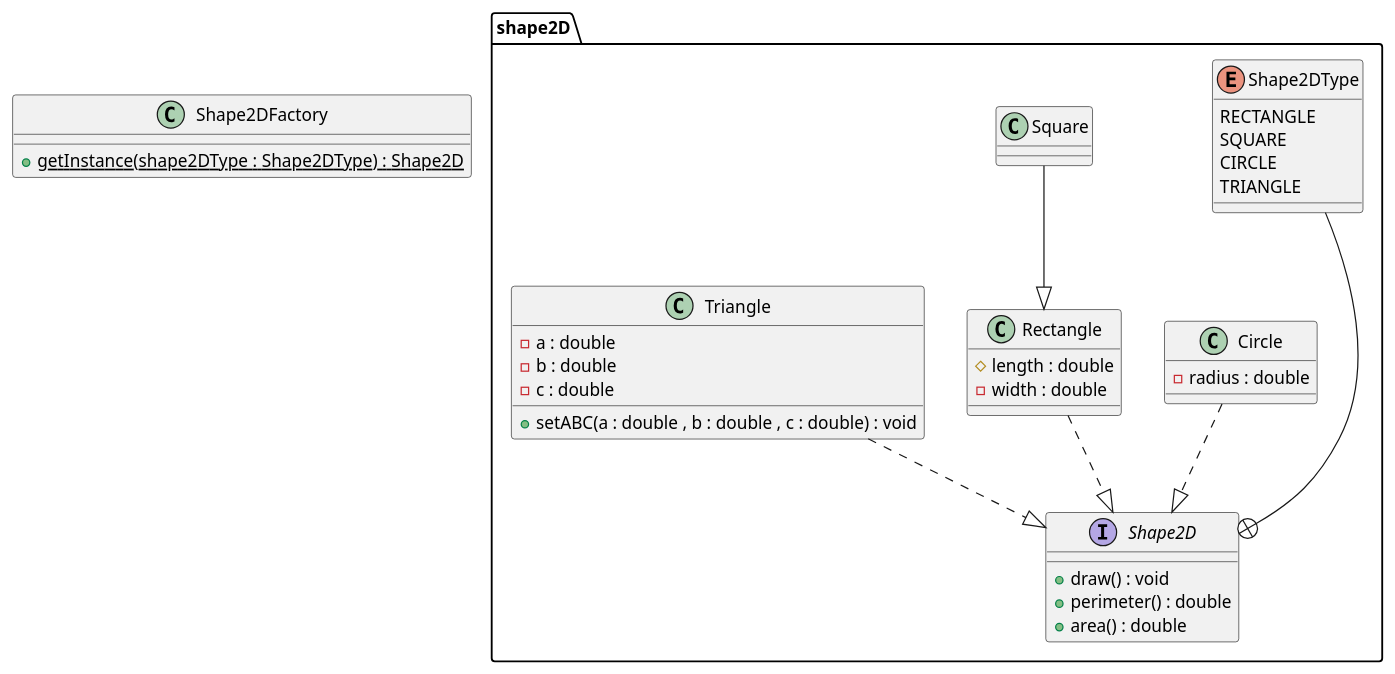
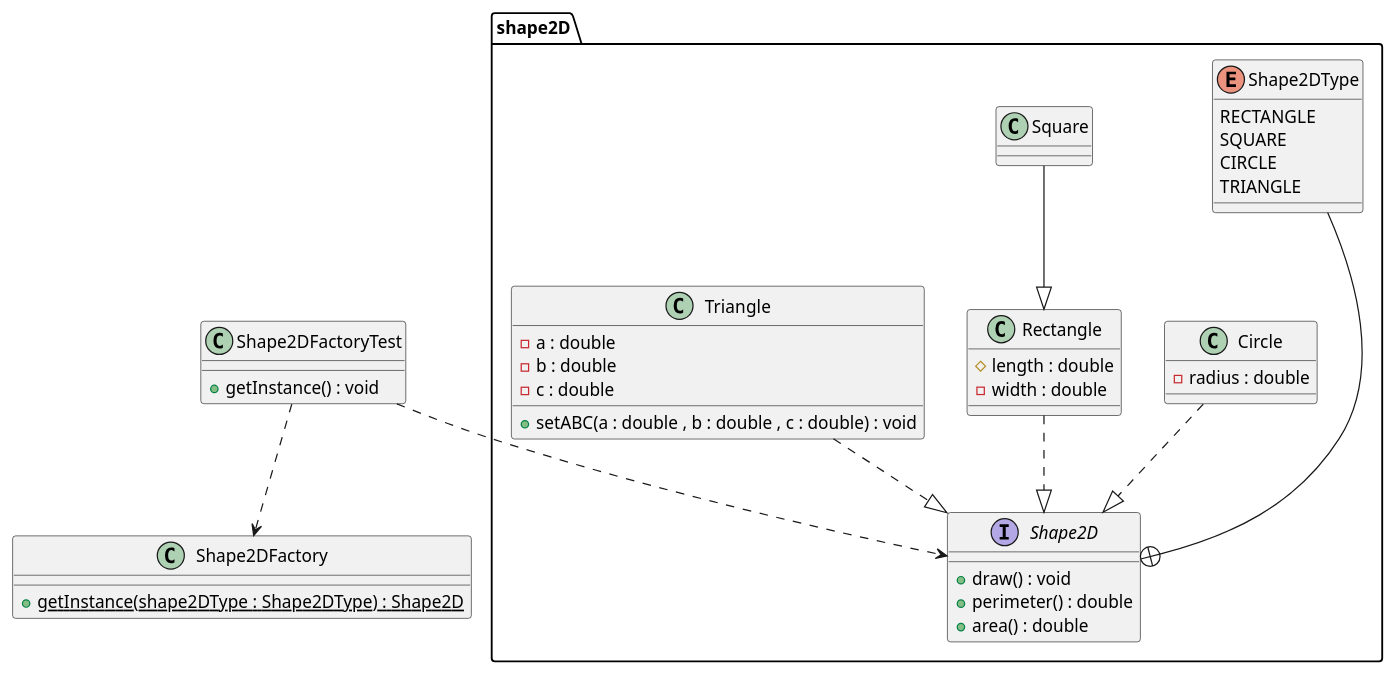
One commit to reza-hdrm/DesignPatterns changed the diagram in src/main/java/com/rezahdrm/creational/factorymethod/factoryMethodUML.puml. Above: the diagram before and after it, drawn with PlantUML. The commit also changed 37 other files, not shown here.

```diff
--- a/src/main/java/com/rezahdrm/creational/factorymethod/factoryMethodUML.puml
+++ b/src/main/java/com/rezahdrm/creational/factorymethod/factoryMethodUML.puml
@@ -1,46 +1,52 @@
 @startuml
 package shape2D{
     enum Shape2DType{
         RECTANGLE
         SQUARE
         CIRCLE
         TRIANGLE
     }
     interface Shape2D{
         + draw() : void
         + perimeter() : double
         + area() : double
     }
 
     class Circle{
     - radius : double
     }
 
     class Rectangle{
     # length : double
     - width : double
     }
 
     class Square{
 
     }
     class Triangle{
         - a : double
         - b : double
         - c : double
 
         + setABC(a : double , b : double , c : double) : void
     }
     Circle ..|> Shape2D
     Rectangle ..|> Shape2D
     Square --|> Rectangle
     Triangle ..|> Shape2D
     Shape2DType ---+ Shape2D
 
 }
 class Shape2DFactory{
  + getInstance(shape2DType : Shape2DType) : Shape2D {static}
 }
 
+class Shape2DFactoryTest {
+    + getInstance() : void
+}
+
+Shape2DFactoryTest ..> Shape2D
+Shape2DFactoryTest ..> Shape2DFactory
 
 @enduml
```
